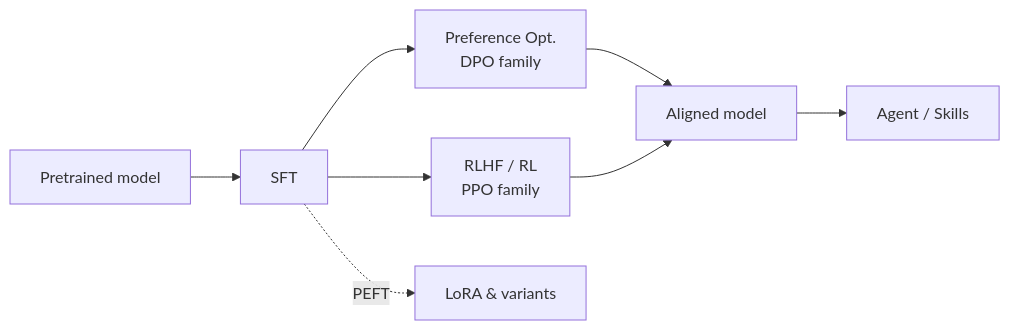
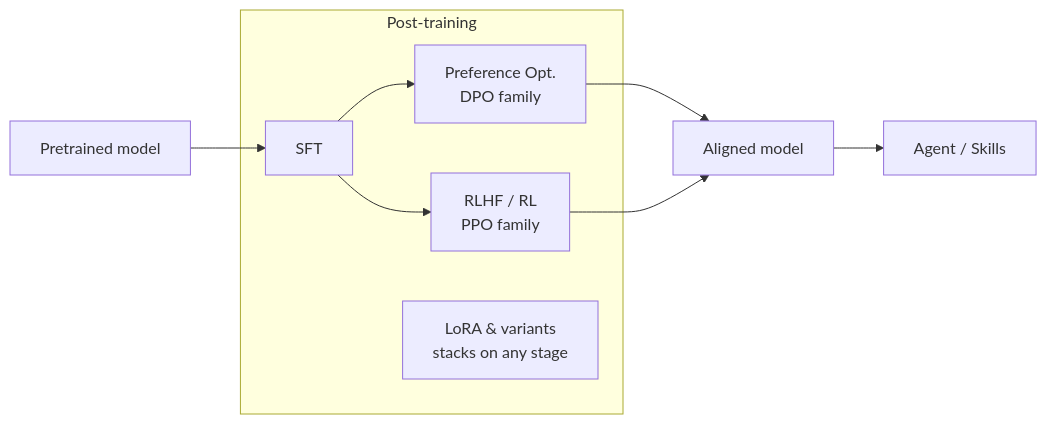
The diagram in docs/en/index.md (zhoujx4/llm-atlas), drawn with Mermaid before and after one commit. The commit also changed other lines of this file and 18 other files, not shown here.

````diff
--- a/docs/en/index.md
+++ b/docs/en/index.md
@@ -9,10 +9,12 @@
 ```mermaid
 flowchart LR
-    PT[Pretrained model] --> SFT[SFT]
-    SFT --> PO[Preference Opt.<br/>DPO family]
-    SFT --> RL[RLHF / RL<br/>PPO family]
-    SFT -.PEFT.-> LORA[LoRA & variants]
+    PT[Pretrained model] --> SFT
+    subgraph POST[Post-training]
+        SFT[SFT] --> PO[Preference Opt.<br/>DPO family]
+        SFT --> RL[RLHF / RL<br/>PPO family]
+        LORA[LoRA & variants<br/>stacks on any stage]
+    end
     PO --> A[Aligned model]
     RL --> A
     A --> AG[Agent / Skills]
 ```
````
